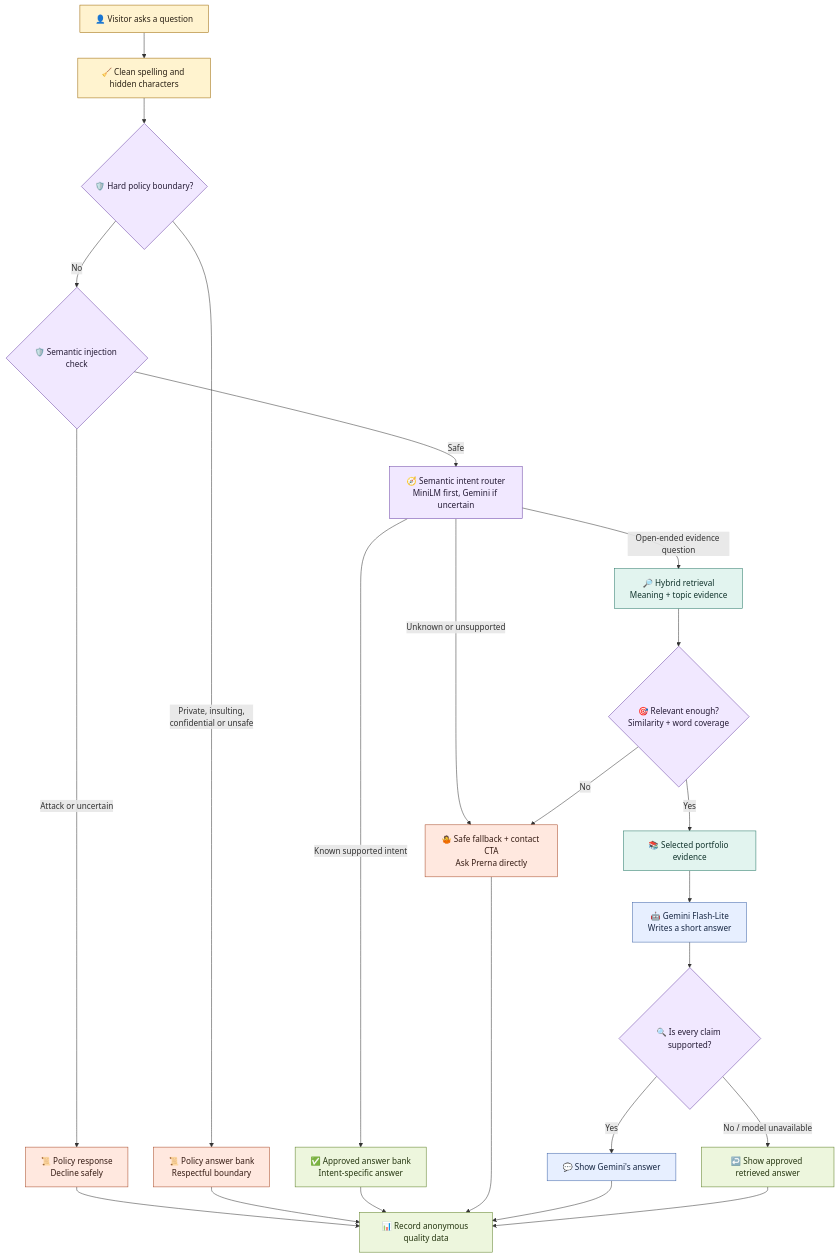
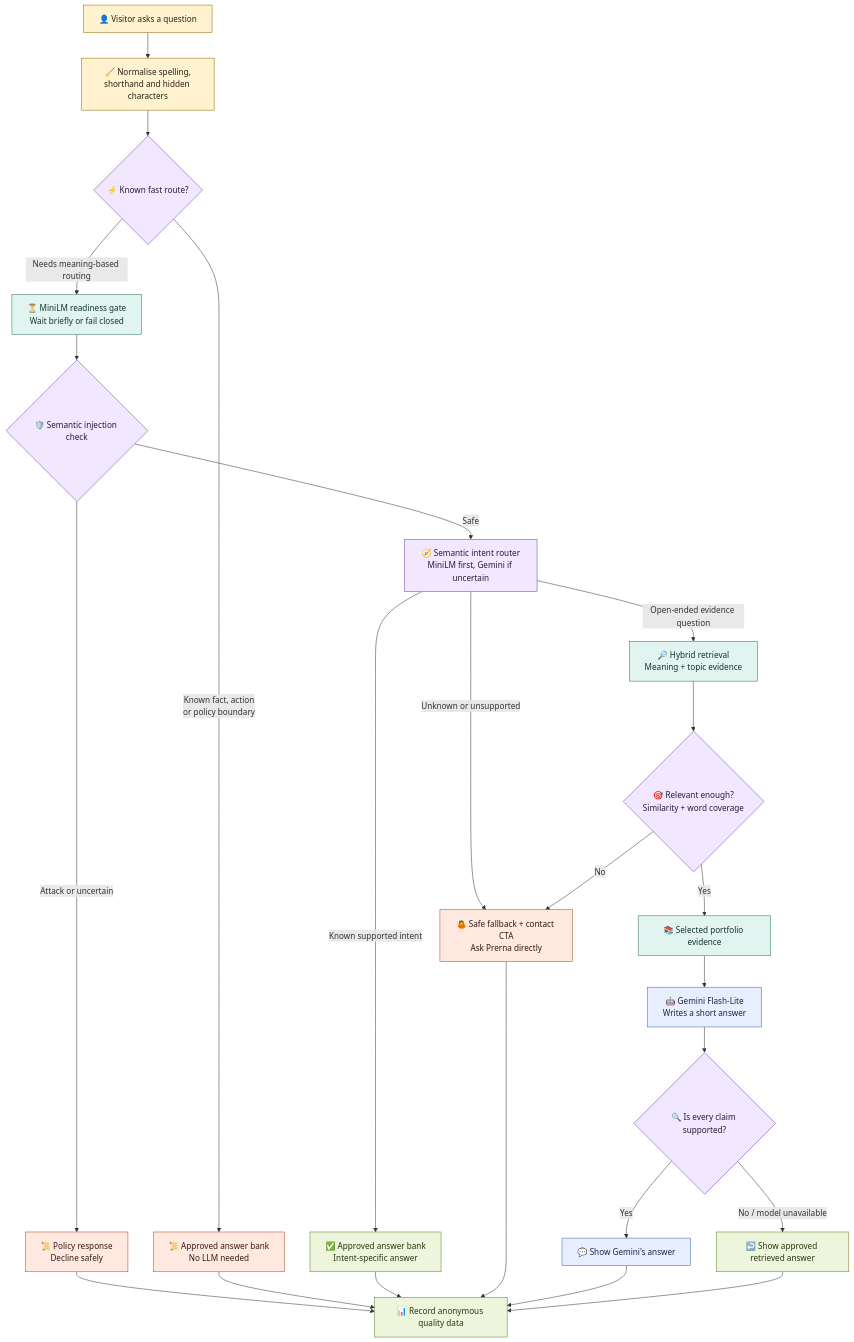
One commit to robona-pk/portfolio changed the first of 2 diagrams in README.md. Above: the diagram before and after it, drawn with Mermaid. The commit also changed other lines of this file, not shown here.

Commit message:
Update chatbot architecture and changelog

````diff
--- a/README.md
+++ b/README.md
@@ -53,43 +53,44 @@
 ```mermaid
 flowchart TD
-    A["👤 Visitor asks a question"] --> B["🧹 Clean spelling and hidden characters"]
-    B --> C{"🛡️ Hard policy boundary?"}
+    A["👤 Visitor asks a question"] --> B["🧹 Normalise spelling,<br/>shorthand and hidden characters"]
+    B --> C{"⚡ Known fast route?"}
 
-    C -- "Private, insulting,<br/>confidential or unsafe" --> F["📜 Policy answer bank<br/>Respectful boundary"]
-    C -- "No" --> E{"🛡️ Semantic injection check"}
+    C -- "Known fact, action<br/>or policy boundary" --> F["📜 Approved answer bank<br/>No LLM needed"]
+    C -- "Needs meaning-based routing" --> Q["⏳ MiniLM readiness gate<br/>Wait briefly or fail closed"]
+    Q --> E{"🛡️ Semantic injection check"}
 
     E -- "Attack or uncertain" --> D["📜 Policy response<br/>Decline safely"]
     E -- "Safe" --> R["🧭 Semantic intent router<br/>MiniLM first, Gemini if uncertain"]
     R -- "Known supported intent" --> G["✅ Approved answer bank<br/>Intent-specific answer"]
     R -- "Open-ended evidence question" --> H["🔎 Hybrid retrieval<br/>Meaning + topic evidence"]
     R -- "Unknown or unsupported" --> I["🤷 Safe fallback + contact CTA<br/>Ask Prerna directly"]
     H --> P{"🎯 Relevant enough?<br/>Similarity + word coverage"}
     P -- "No" --> I["🤷 Safe fallback + contact CTA<br/>Ask Prerna directly"]
     P -- "Yes" --> J["📚 Selected portfolio evidence"]
 
     J --> K["🤖 Gemini Flash-Lite<br/>Writes a short answer"]
     K --> L{"🔍 Is every claim supported?"}
     L -- "Yes" --> M["💬 Show Gemini's answer"]
     L -- "No / model unavailable" --> N["↩️ Show approved retrieved answer"]
 
     D --> O["📊 Record anonymous quality data"]
     F --> O
     G --> O
     I --> O
     M --> O
     N --> O
 
     classDef visitor fill:#fff3cf,stroke:#9a6500,color:#2a2115;
     classDef decision fill:#f1e8ff,stroke:#6941a5,color:#251b35;
     classDef policy fill:#ffe8df,stroke:#a84a28,color:#351b13;
     classDef retrieval fill:#e2f4ef,stroke:#277766,color:#12342d;
     classDef ai fill:#e7efff,stroke:#3f64a8,color:#172743;
     classDef output fill:#edf6dd,stroke:#5d7f25,color:#263611;
 
     class A,B visitor;
     class C,E,R,P,L decision;
     class D,F,I policy;
-    class H,J retrieval;
+    class H,J,Q retrieval;
     class K,M ai;
     class G,N,O output;
 ```
````
